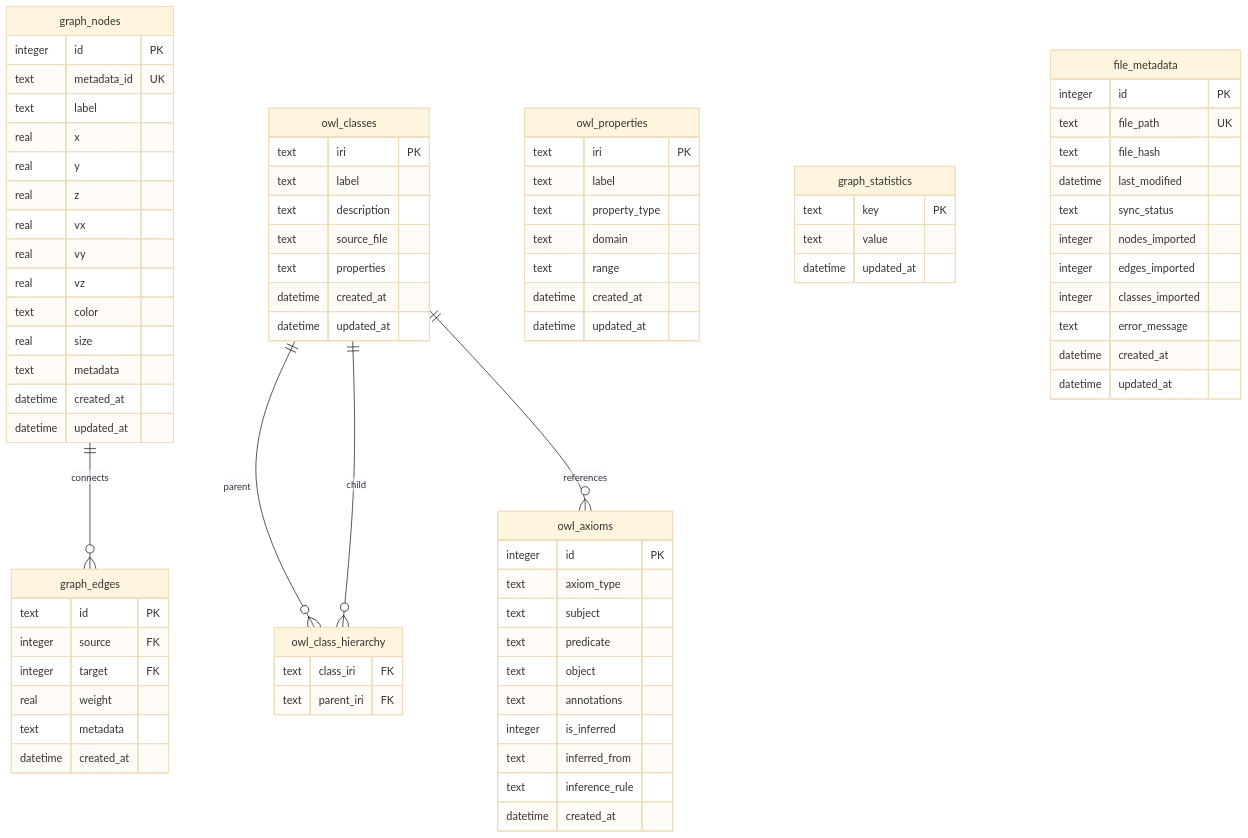
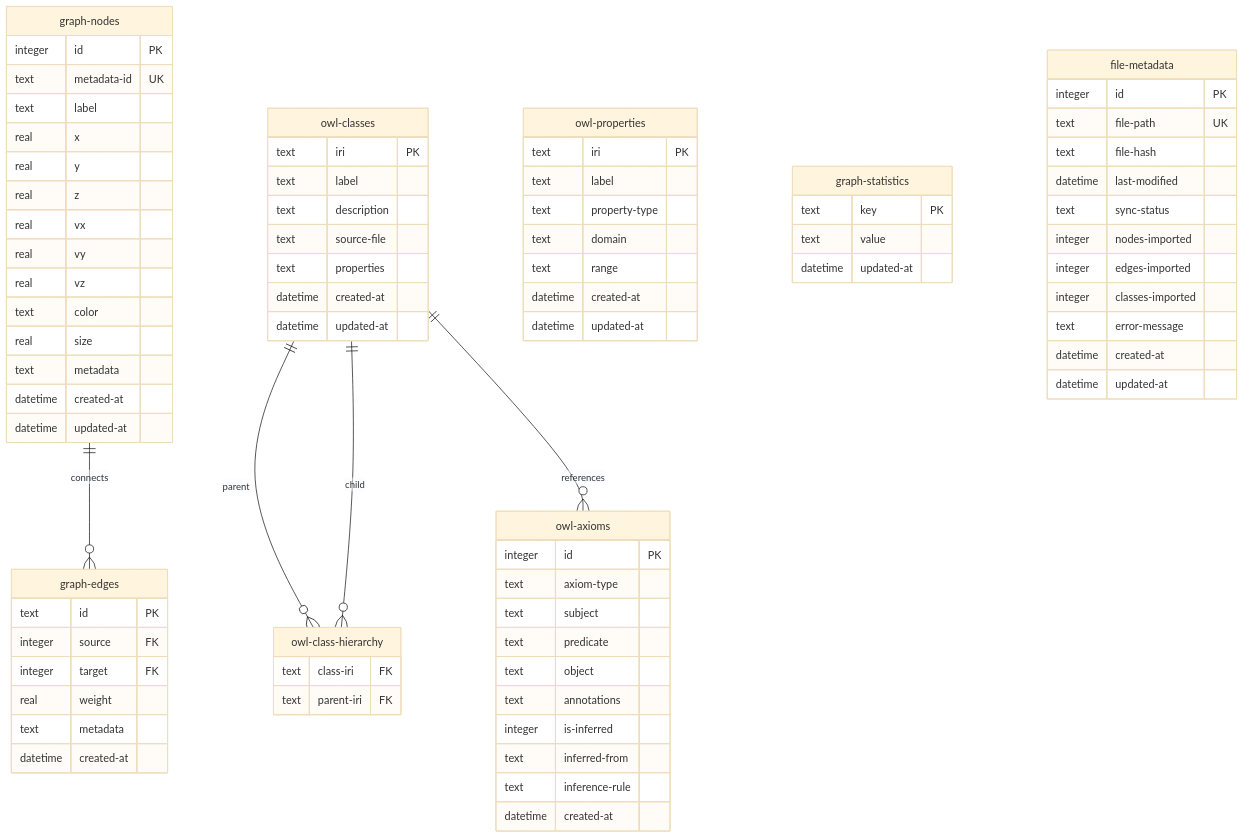
Before and after one commit to DreamLab-AI/VisionFlow: the first of 2 diagrams in docs/concepts/architecture/04-database-schemas.md, drawn with Mermaid (base theme). The commit also changed other lines of this file and 184 other files, not shown here.

````diff
--- a/docs/concepts/architecture/04-database-schemas.md
+++ b/docs/concepts/architecture/04-database-schemas.md
@@ -306,9 +306,9 @@
 ```mermaid
 erDiagram
-    graph_nodes ||--o{ graph_edges : "connects"
-    graph_nodes {
+    graph-nodes ||--o{ graph-edges : "connects"
+    graph-nodes {
         integer id PK
-        text metadata_id UK
+        text metadata-id UK
         text label
         real x
         real y
@@ -319,78 +319,78 @@
         text color
         real size
         text metadata
-        datetime created_at
-        datetime updated_at
+        datetime created-at
+        datetime updated-at
     }
 
-    graph_edges {
+    graph-edges {
         text id PK
         integer source FK
         integer target FK
         real weight
         text metadata
-        datetime created_at
+        datetime created-at
     }
 
-    owl_classes ||--o{ owl_class_hierarchy : "parent"
-    owl_classes ||--o{ owl_class_hierarchy : "child"
-    owl_classes ||--o{ owl_axioms : "references"
+    owl-classes ||--o{ owl-class-hierarchy : "parent"
+    owl-classes ||--o{ owl-class-hierarchy : "child"
+    owl-classes ||--o{ owl-axioms : "references"
 
-    owl_classes {
+    owl-classes {
         text iri PK
         text label
         text description
-        text source_file
+        text source-file
         text properties
-        datetime created_at
-        datetime updated_at
+        datetime created-at
+        datetime updated-at
     }
 
-    owl_class_hierarchy {
-        text class_iri FK
-        text parent_iri FK
+    owl-class-hierarchy {
+        text class-iri FK
+        text parent-iri FK
     }
 
-    owl_properties {
+    owl-properties {
         text iri PK
         text label
-        text property_type
+        text property-type
         text domain
         text range
-        datetime created_at
-        datetime updated_at
+        datetime created-at
+        datetime updated-at
     }
 
-    owl_axioms {
+    owl-axioms {
         integer id PK
-        text axiom_type
+        text axiom-type
         text subject
         text predicate
         text object
         text annotations
-        integer is_inferred
-        text inferred_from
-        text inference_rule
-        datetime created_at
+        integer is-inferred
+        text inferred-from
+        text inference-rule
+        datetime created-at
     }
 
-    graph_statistics {
+    graph-statistics {
         text key PK
         text value
-        datetime updated_at
+        datetime updated-at
     }
 
-    file_metadata {
+    file-metadata {
         integer id PK
-        text file_path UK
-        text file_hash
-        datetime last_modified
-        text sync_status
-        integer nodes_imported
-        integer edges_imported
-        integer classes_imported
-        text error_message
-        datetime created_at
-        datetime updated_at
+        text file-path UK
+        text file-hash
+        datetime last-modified
+        text sync-status
+        integer nodes-imported
+        integer edges-imported
+        integer classes-imported
+        text error-message
+        datetime created-at
+        datetime updated-at
     }
 ```
````
